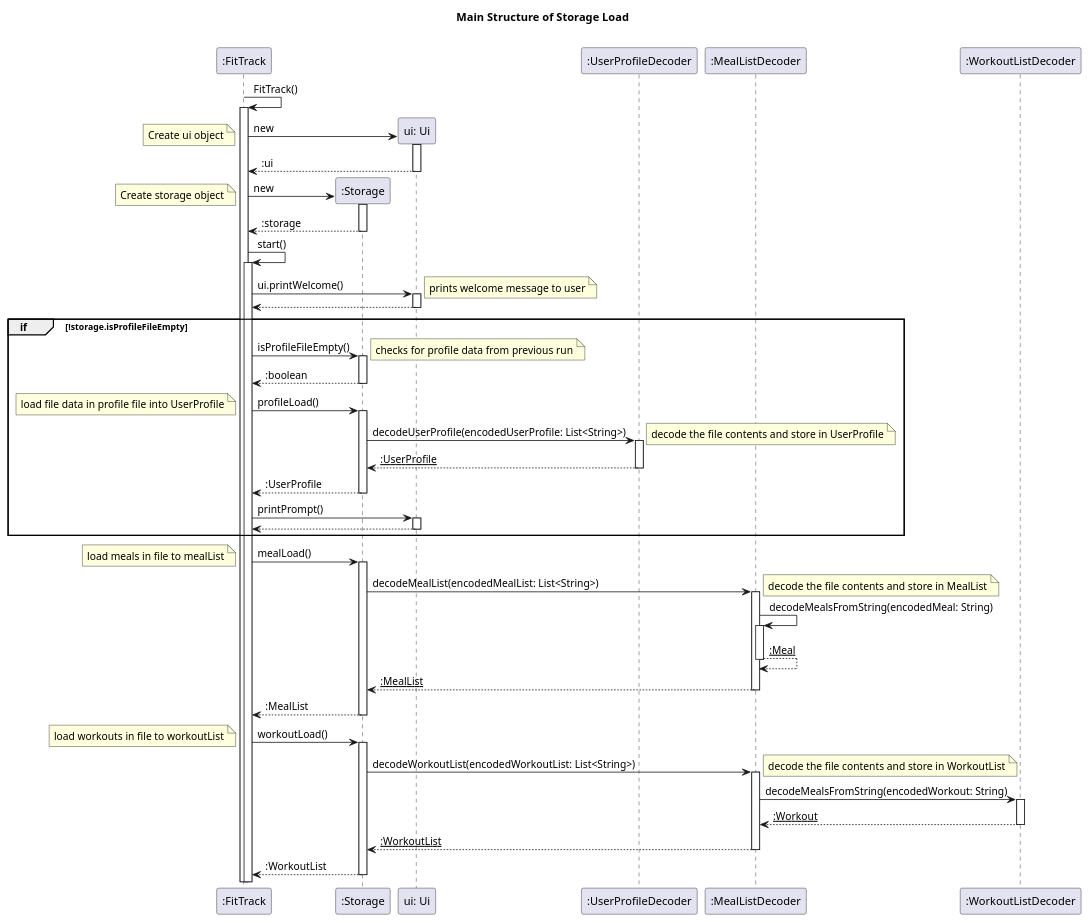
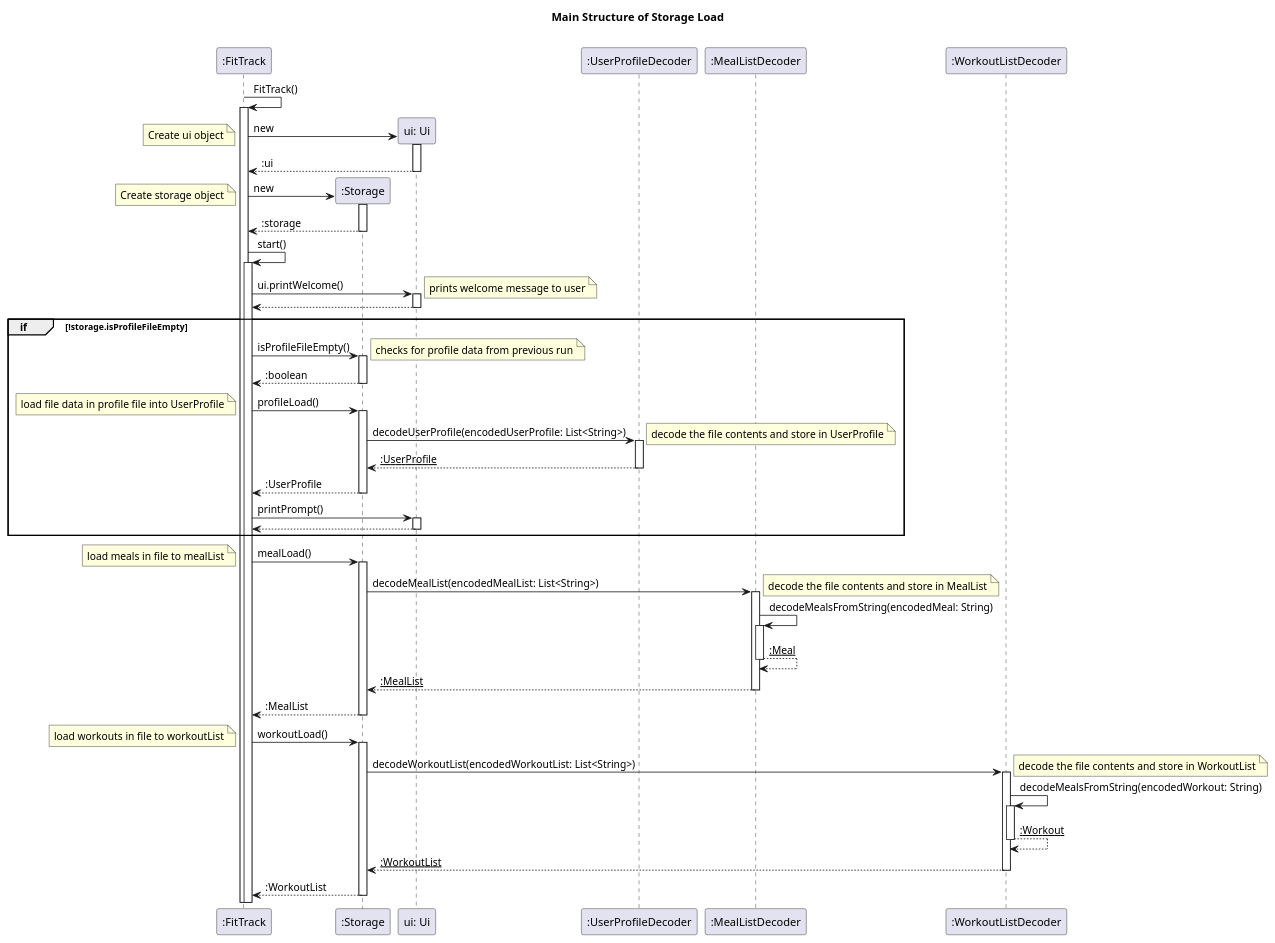
The diagram in docs/Diagrams/Storage.puml (nus-cs2113-AY2324S1/tp), drawn with PlantUML before and after one commit. The commit also changed 1 other file, not shown here.

Commit message:
Updated sequence diagram

```diff
--- a/docs/Diagrams/Storage.puml
+++ b/docs/Diagrams/Storage.puml
@@ -1,62 +1,62 @@
 @startuml
 title Main Structure of Storage Load\n
 
 participant ":FitTrack" as main
 participant ":Storage" as storage
 participant "ui: Ui" as ui
 participant ":UserProfileDecoder" as pDecoder
 participant ":MealListDecoder" as mDecoder
 participant ":WorkoutListDecoder" as wDecoder
 
 main -> main ++: FitTrack()
 
 create ui
 main-> ui ++: new
 note left: Create ui object
 return :ui
 
 create storage
 main -> storage ++: new
 note left: Create storage object
 return :storage
 
 main -> main ++: start()
 main -> ui ++: ui.printWelcome()
 note right: prints welcome message to user
 return
 
 group if [!storage.isProfileFileEmpty]
     main -> storage ++: isProfileFileEmpty()
     note right: checks for profile data from previous run
     return :boolean
 
     main -> storage ++: profileLoad()
     note left: load file data in profile file into UserProfile
     storage -> pDecoder ++: decodeUserProfile(encodedUserProfile: List<String>)
     note right: decode the file contents and store in UserProfile
     return __:UserProfile__
     return :UserProfile
 
     main -> ui ++: printPrompt()
     return
 end
 
 main -> storage ++: mealLoad()
 note left: load meals in file to mealList
 storage -> mDecoder ++: decodeMealList(encodedMealList: List<String>)
 note right: decode the file contents and store in MealList
 mDecoder -> mDecoder ++: decodeMealsFromString(encodedMeal: String)
 return __:Meal__
 return __:MealList__
 return :MealList
 
 main -> storage ++: workoutLoad()
 note left: load workouts in file to workoutList
-storage -> mDecoder ++: decodeWorkoutList(encodedWorkoutList: List<String>)
+storage -> wDecoder ++: decodeWorkoutList(encodedWorkoutList: List<String>)
 note right: decode the file contents and store in WorkoutList
-mDecoder -> wDecoder ++: decodeMealsFromString(encodedWorkout: String)
+wDecoder -> wDecoder ++: decodeMealsFromString(encodedWorkout: String)
 return __:Workout__
 return __:WorkoutList__
 return :WorkoutList
 
 @enduml
```
